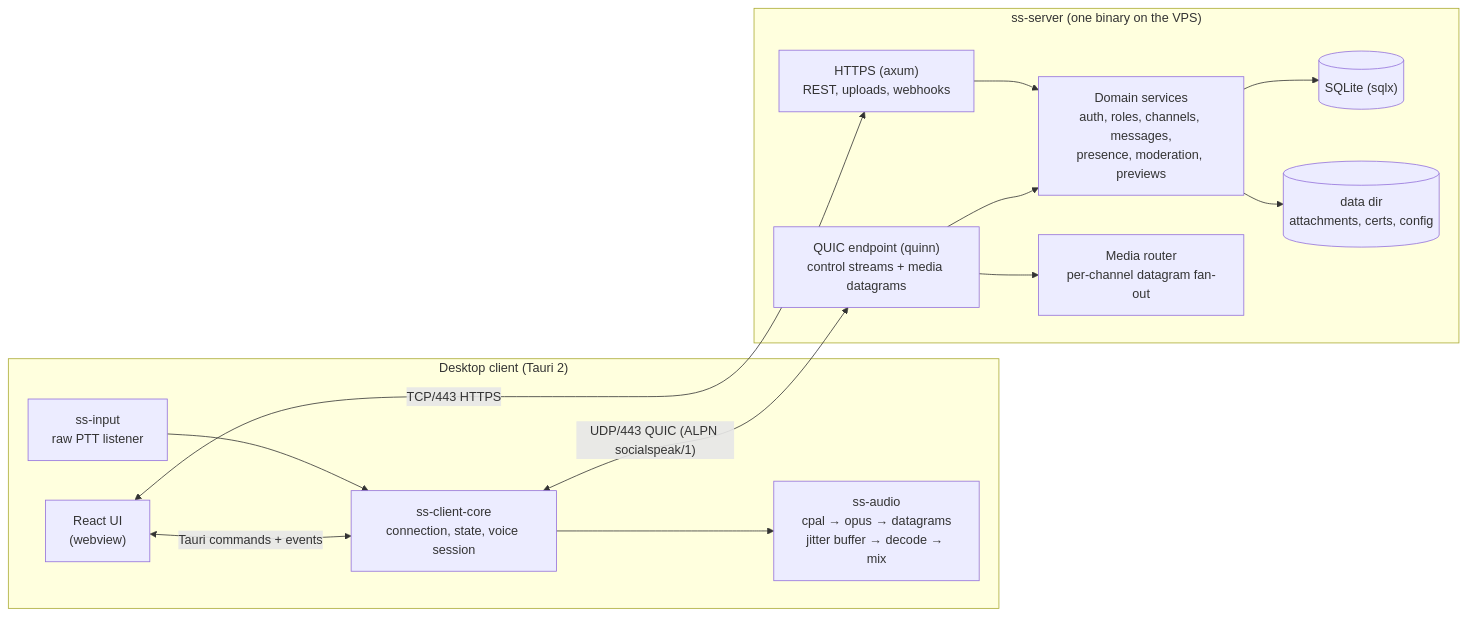
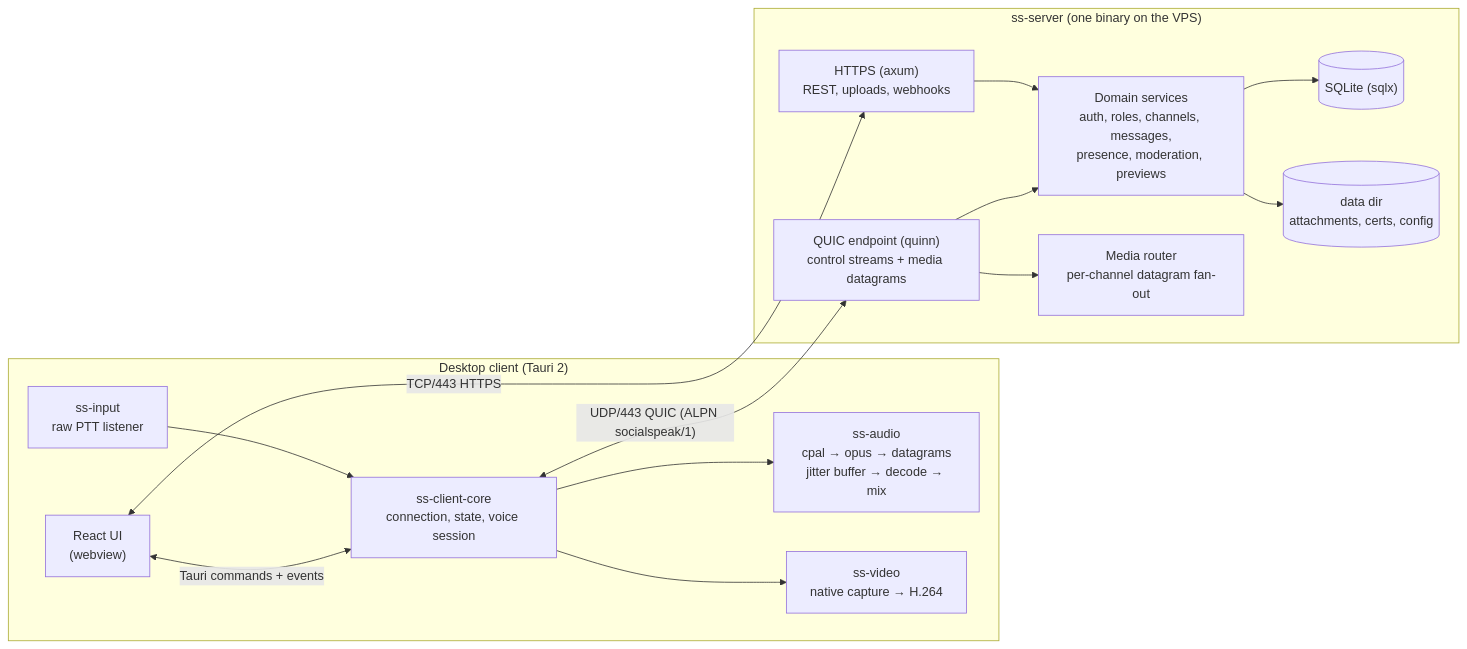
The diagram in docs/plan/01-architecture.md (tommyri/sideband), drawn with Mermaid before and after one commit. The commit also changed other lines of this file and 21 other files, not shown here.

Commit message:
feat(video): add screen capture publishing pipeline

````diff
--- a/docs/plan/01-architecture.md
+++ b/docs/plan/01-architecture.md
@@ -5,27 +5,29 @@
 ```mermaid
 flowchart LR
     subgraph Client["Desktop client (Tauri 2)"]
         UI["React UI<br/>(webview)"]
         Core["ss-client-core<br/>connection, state, voice session"]
         Audio["ss-audio<br/>cpal → opus → datagrams<br/>jitter buffer → decode → mix"]
         Input["ss-input<br/>raw PTT listener"]
+        Video["ss-video<br/>native capture → H.264"]
         UI <-->|Tauri commands + events| Core
         Core --> Audio
         Input --> Core
+        Core --> Video
     end
     subgraph Server["ss-server (one binary on the VPS)"]
         QUIC["QUIC endpoint (quinn)<br/>control streams + media datagrams"]
         HTTP["HTTPS (axum)<br/>REST, uploads, webhooks"]
         Dom["Domain services<br/>auth, roles, channels, messages,<br/>presence, moderation, previews"]
         Media["Media router<br/>per-channel datagram fan-out"]
         DB[("SQLite (sqlx)")]
         FS[("data dir<br/>attachments, certs, config")]
         QUIC --> Dom
         QUIC --> Media
         HTTP --> Dom
         Dom --> DB
         Dom --> FS
     end
     Core <-->|"UDP/443 QUIC (ALPN socialspeak/1)"| QUIC
     UI <-->|"TCP/443 HTTPS"| HTTP
 ```
````
